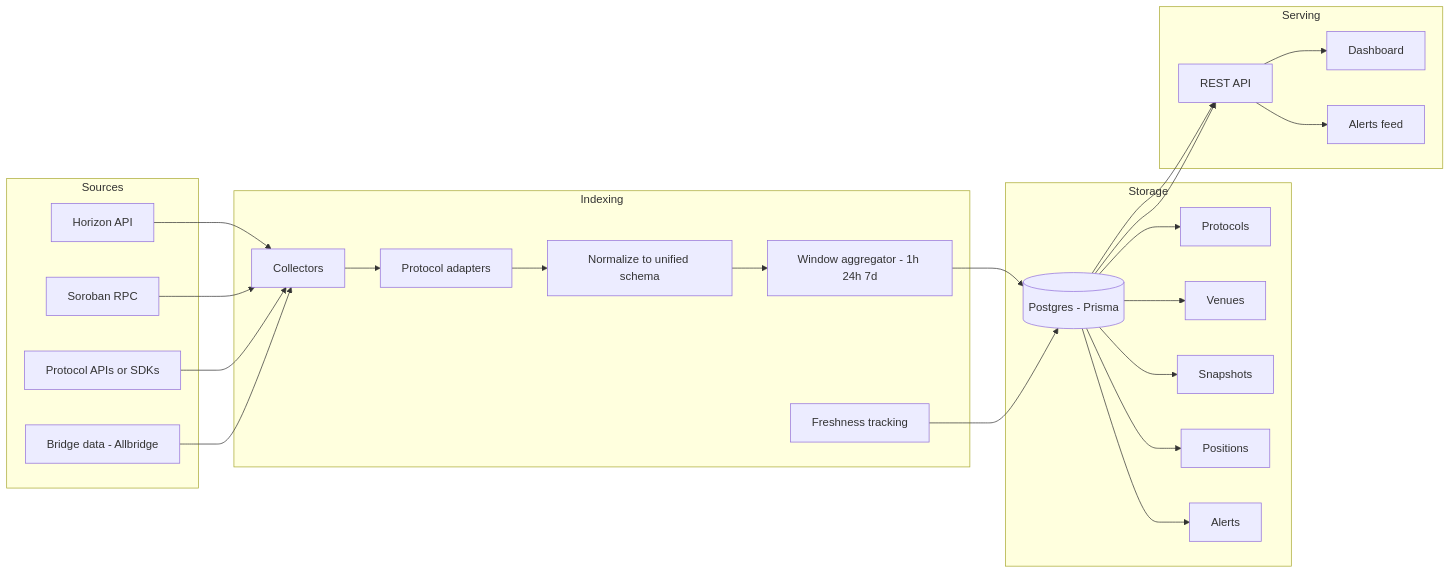
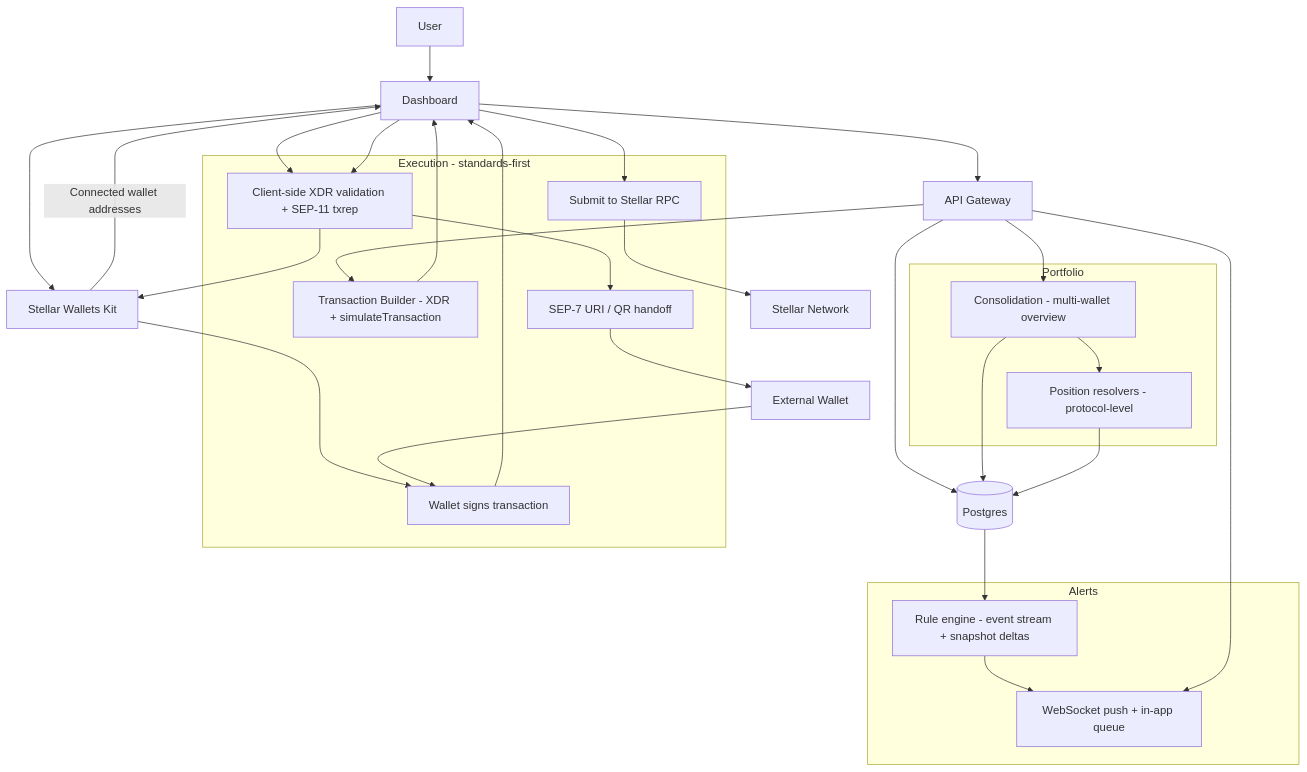
Before and after one commit to Mael-wnb/dig-stellar: the third of 3 diagrams in docs/TECHNICAL_ARCHITECTURE.md, drawn with Mermaid. The commit also changed other lines of this file, not shown here.

Commit message:
doc: technical_architecture_v2

````diff
--- a/docs/TECHNICAL_ARCHITECTURE.md
+++ b/docs/TECHNICAL_ARCHITECTURE.md
@@ -310,49 +471,43 @@
 ```mermaid
-flowchart LR
-  subgraph Sources[Sources]
-    Horizon[Horizon API]
-    Soroban[Soroban RPC]
-    Prot[Protocol APIs or SDKs]
-    Bridge[Bridge data - Allbridge]
+flowchart TB
+  U[User] --> UI[Dashboard]
+
+  UI --> WK[Stellar Wallets Kit]
+  WK -->|Connected wallet addresses| UI
+
+  UI --> API[API Gateway]
+  API --> DB[(Postgres)]
+
+  subgraph Portfolio[Portfolio]
+    Port[Consolidation - multi-wallet overview]
+    Pos[Position resolvers - protocol-level]
   end
 
-  subgraph Indexing[Indexing]
-    Fetch[Collectors]
-    Adapt[Protocol adapters]
-    Normalize[Normalize to unified schema]
-    Window[Window aggregator - 1h 24h 7d]
-    Fresh[Freshness tracking]
+  API --> Port
+  Port --> DB
+  Port --> Pos
+  Pos --> DB
+
+  subgraph Alerts[Alerts]
+    Rules[Rule engine - event stream + snapshot deltas]
+    Feed[WebSocket push + in-app queue]
   end
 
-  subgraph Storage[Storage]
-    DB[(Postgres - Prisma)]
-    ProtoT[Protocols]
-    VenueT[Venues]
-    SnapT[Snapshots]
-    PosT[Positions]
-    AlertT[Alerts]
+  DB --> Rules --> Feed
+  API --> Feed
+
+  subgraph Execution[Execution - standards-first]
+    Build[Transaction Builder - XDR + simulateTransaction]
+    Validate[Client-side XDR validation + SEP-11 txrep]
+    Sign[Wallet signs transaction]
+    SEP7[SEP-7 URI / QR handoff]
+    Submit[Submit to Stellar RPC]
   end
 
-  subgraph Serving[Serving]
-    API[REST API]
-    Dash[Dashboard]
-    Feed[Alerts feed]
-  end
-
-  Horizon --> Fetch
-  Soroban --> Fetch
-  Prot --> Fetch
-  Bridge --> Fetch
-
-  Fetch --> Adapt --> Normalize --> Window --> DB
-  Fresh --> DB
-
-  DB --> ProtoT
-  DB --> VenueT
-  DB --> SnapT
-  DB --> PosT
-  DB --> AlertT
-
-  DB --> API --> Dash
-  DB --> API --> Feed
-  ```
+  API --> Build --> UI
+  UI --> Validate --> WK
+  UI --> Validate --> SEP7 --> ExtWallet[External Wallet]
+  WK --> Sign --> UI
+  ExtWallet --> Sign
+  UI --> Submit --> Net[Stellar Network]
+```
````
